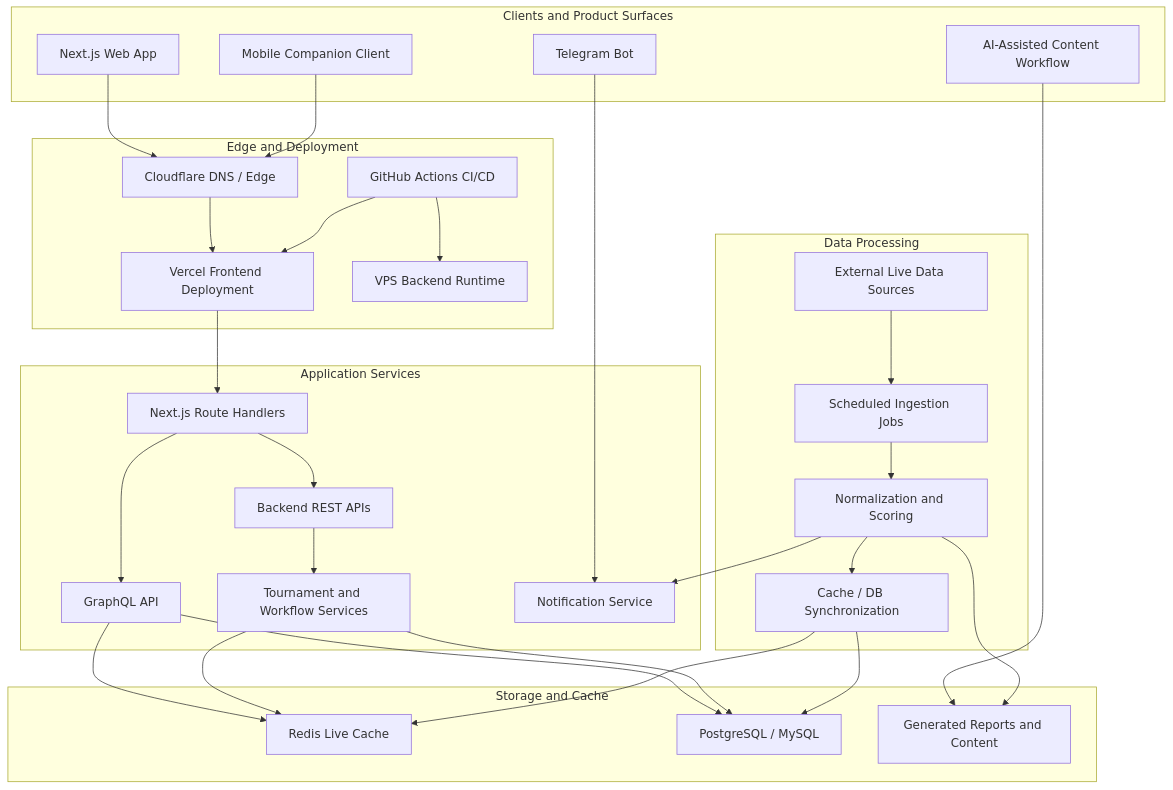
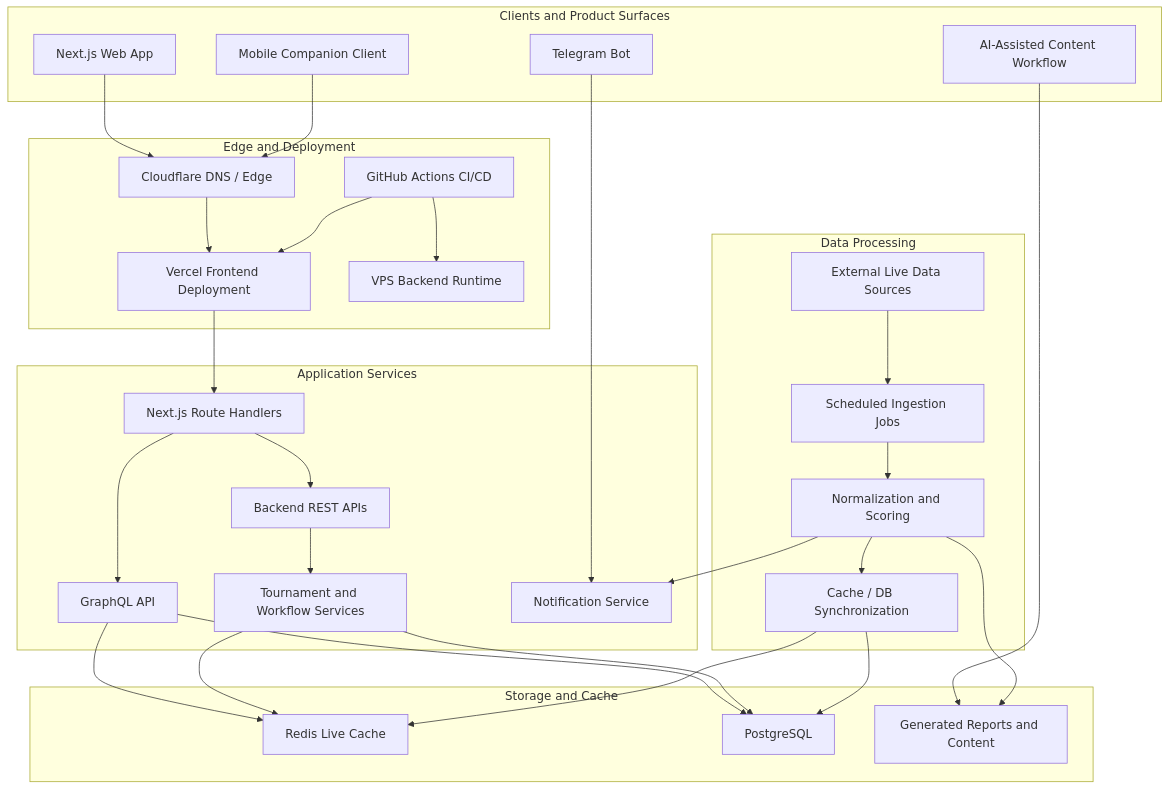
Before and after one commit to tonglam/letletme-case-study: the diagram in README.md, drawn with Mermaid. The commit also changed other lines of this file, not shown here.

Commit message:
Remove legacy MySQL references from case study

````diff
--- a/README.md
+++ b/README.md
@@ -52,60 +52,60 @@
 ```mermaid
 flowchart TB
   subgraph clients["Clients and Product Surfaces"]
     web["Next.js Web App"]
     mobile["Mobile Companion Client"]
     telegram["Telegram Bot"]
     ai["AI-Assisted Content Workflow"]
   end
 
   subgraph delivery["Edge and Deployment"]
     cloudflare["Cloudflare DNS / Edge"]
     vercel["Vercel Frontend Deployment"]
     vps["VPS Backend Runtime"]
     actions["GitHub Actions CI/CD"]
   end
 
   subgraph app["Application Services"]
     routeHandlers["Next.js Route Handlers"]
     rest["Backend REST APIs"]
     graphql["GraphQL API"]
     workflow["Tournament and Workflow Services"]
     notify["Notification Service"]
   end
 
   subgraph processing["Data Processing"]
     external["External Live Data Sources"]
     ingestion["Scheduled Ingestion Jobs"]
     normalize["Normalization and Scoring"]
     sync["Cache / DB Synchronization"]
   end
 
   subgraph storage["Storage and Cache"]
     redis["Redis Live Cache"]
-    db["PostgreSQL / MySQL"]
+    db["PostgreSQL"]
     artifacts["Generated Reports and Content"]
   end
 
   web --> cloudflare --> vercel
   mobile --> cloudflare
   telegram --> notify
   ai --> artifacts
 
   actions --> vercel
   actions --> vps
   vercel --> routeHandlers
   routeHandlers --> graphql
   routeHandlers --> rest
 
   rest --> workflow
   graphql --> redis
   graphql --> db
   workflow --> redis
   workflow --> db
 
   external --> ingestion --> normalize --> sync
   sync --> redis
   sync --> db
   normalize --> notify
   normalize --> artifacts
 ```
````
